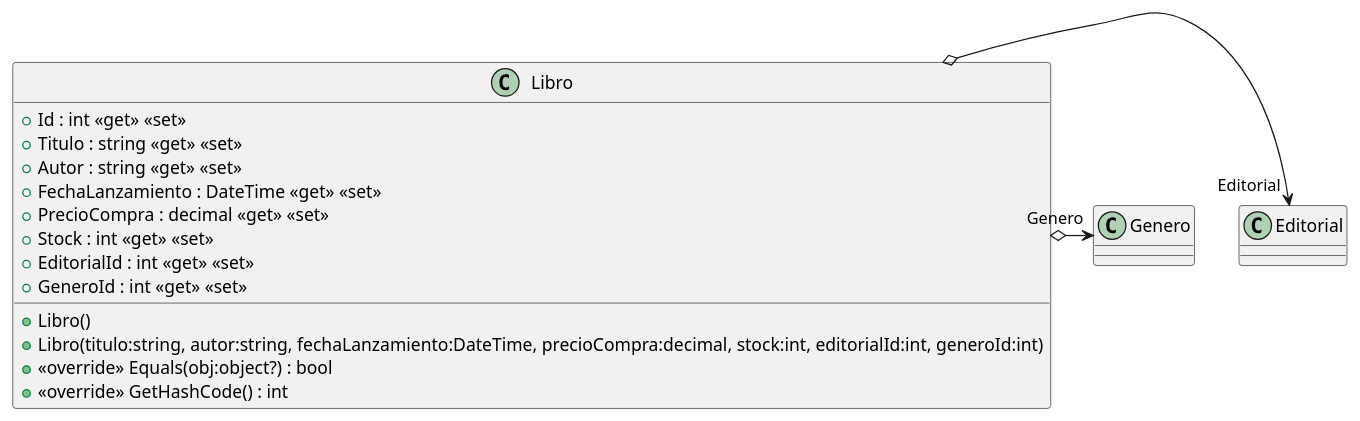
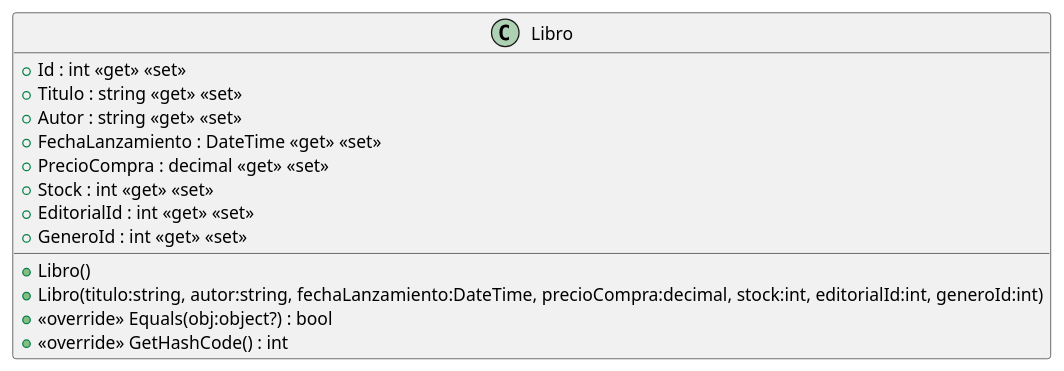
One commit to ISII2627NPA/ISII2627NPA changed the diagram in src/AppForSEII.API/ClassDiagram/Libro.puml. Above: the diagram before and after it, drawn with PlantUML. The commit also changed 1 other file, not shown here.

Commit message:
realizacion del diagrama uml del caso de uso subastar libros y eliminacion de relaciones en clase libro.puml

```diff
--- a/src/AppForSEII.API/ClassDiagram/Libro.puml
+++ b/src/AppForSEII.API/ClassDiagram/Libro.puml
@@ -1,19 +1,18 @@
 @startuml
 class Libro {
     + Libro()
     + Libro(titulo:string, autor:string, fechaLanzamiento:DateTime, precioCompra:decimal, stock:int, editorialId:int, generoId:int)
     + Id : int <<get>> <<set>>
     + Titulo : string <<get>> <<set>>
     + Autor : string <<get>> <<set>>
     + FechaLanzamiento : DateTime <<get>> <<set>>
     + PrecioCompra : decimal <<get>> <<set>>
     + Stock : int <<get>> <<set>>
     + EditorialId : int <<get>> <<set>>
     + GeneroId : int <<get>> <<set>>
     + <<override>> Equals(obj:object?) : bool
     + <<override>> GetHashCode() : int
 }
 
-Libro o-> "Editorial" Editorial
-Libro o-> "Genero" Genero
+
 @enduml
```
